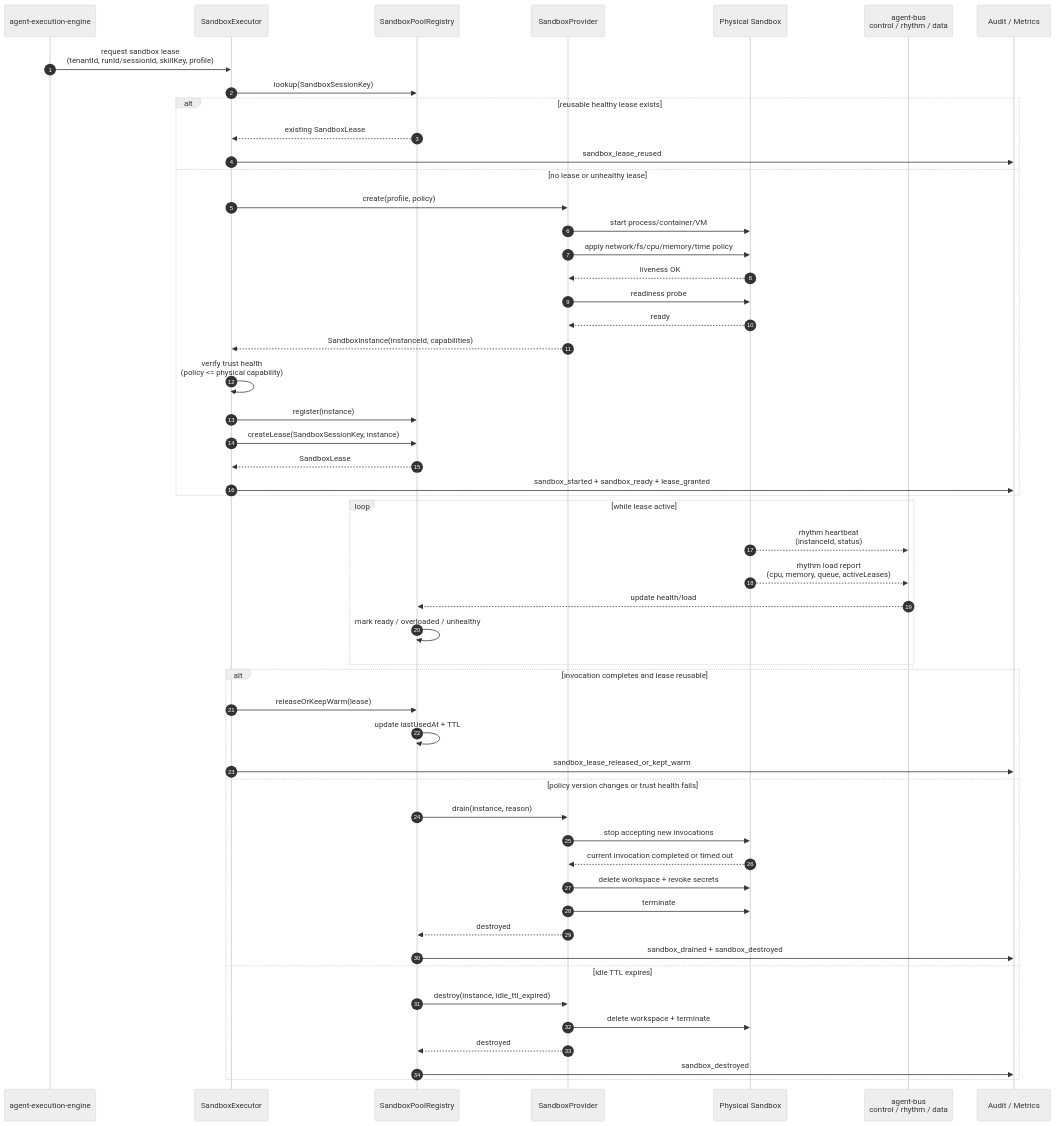
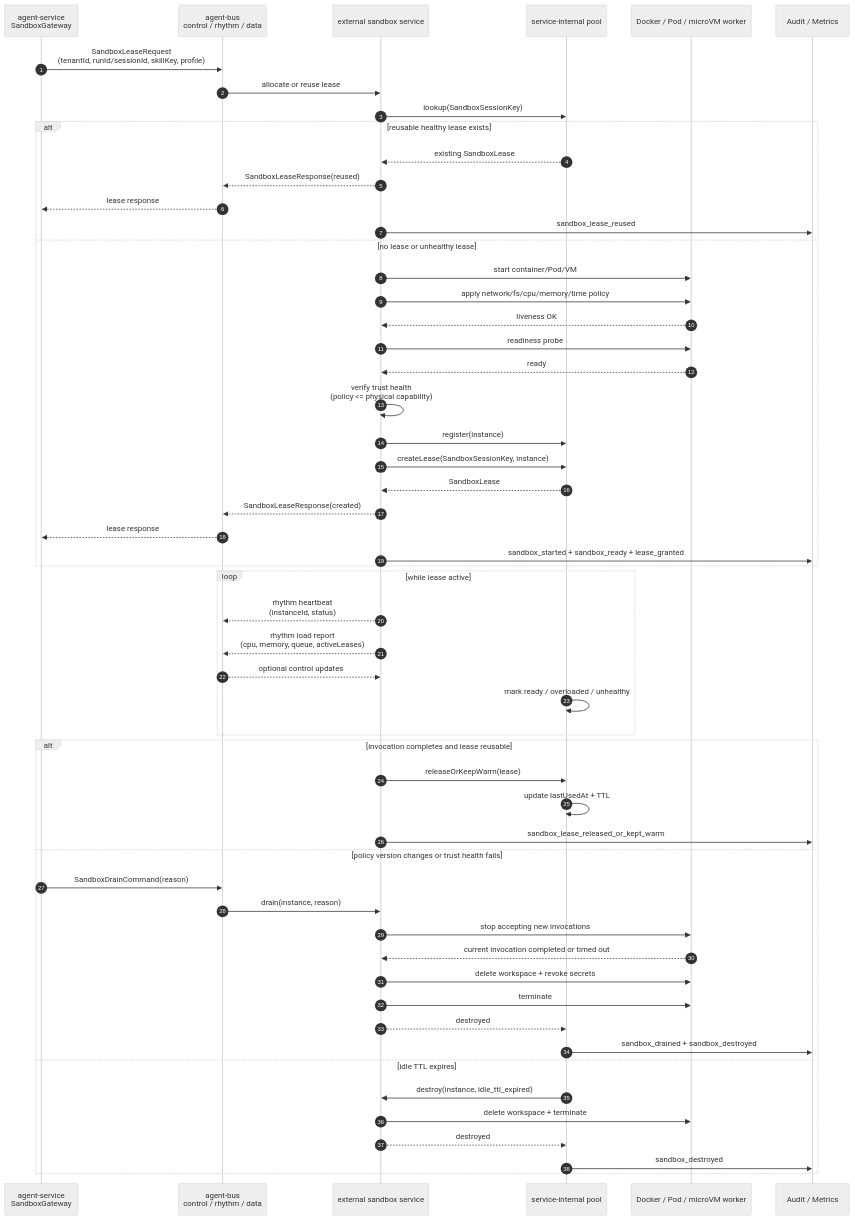
The second of 2 diagrams in docs/reports/sandbox-execution-l1-design-review.en.md (nickylba/spring-ai-ascend), drawn with Mermaid (neutral theme) before and after one commit. The commit also changed other lines of this file and 2 other files, not shown here.

Commit message:
docs: refresh sandbox service design review

````diff
--- a/docs/reports/sandbox-execution-l1-design-review.en.md
+++ b/docs/reports/sandbox-execution-l1-design-review.en.md
@@ -338,58 +555,61 @@
 ```mermaid
 sequenceDiagram
     autonumber
-    participant Engine as agent-execution-engine
-    participant Executor as SandboxExecutor
-    participant Pool as SandboxPoolRegistry
-    participant Provider as SandboxProvider
-    participant Sandbox as Physical Sandbox
+    participant AgentService as agent-service<br/>SandboxGateway
     participant Bus as agent-bus<br/>control / rhythm / data
+    participant SandboxSvc as external sandbox service
+    participant Pool as service-internal pool
+    participant Worker as Docker / Pod / microVM worker
     participant Audit as Audit / Metrics
 
-    Engine->>Executor: request sandbox lease<br/>(tenantId, runId/sessionId, skillKey, profile)
-    Executor->>Pool: lookup(SandboxSessionKey)
+    AgentService->>Bus: SandboxLeaseRequest<br/>(tenantId, runId/sessionId, skillKey, profile)
+    Bus->>SandboxSvc: allocate or reuse lease
+    SandboxSvc->>Pool: lookup(SandboxSessionKey)
 
     alt reusable healthy lease exists
-        Pool-->>Executor: existing SandboxLease
-        Executor->>Audit: sandbox_lease_reused
+        Pool-->>SandboxSvc: existing SandboxLease
+        SandboxSvc-->>Bus: SandboxLeaseResponse(reused)
+        Bus-->>AgentService: lease response
+        SandboxSvc->>Audit: sandbox_lease_reused
     else no lease or unhealthy lease
-        Executor->>Provider: create(profile, policy)
-        Provider->>Sandbox: start process/container/VM
-        Provider->>Sandbox: apply network/fs/cpu/memory/time policy
-        Sandbox-->>Provider: liveness OK
-        Provider->>Sandbox: readiness probe
-        Sandbox-->>Provider: ready
-        Provider-->>Executor: SandboxInstance(instanceId, capabilities)
-        Executor->>Executor: verify trust health<br/>(policy <= physical capability)
-        Executor->>Pool: register(instance)
-        Executor->>Pool: createLease(SandboxSessionKey, instance)
-        Pool-->>Executor: SandboxLease
-        Executor->>Audit: sandbox_started + sandbox_ready + lease_granted
+        SandboxSvc->>Worker: start container/Pod/VM
+        SandboxSvc->>Worker: apply network/fs/cpu/memory/time policy
+        Worker-->>SandboxSvc: liveness OK
+        SandboxSvc->>Worker: readiness probe
+        Worker-->>SandboxSvc: ready
+        SandboxSvc->>SandboxSvc: verify trust health<br/>(policy <= physical capability)
+        SandboxSvc->>Pool: register(instance)
+        SandboxSvc->>Pool: createLease(SandboxSessionKey, instance)
+        Pool-->>SandboxSvc: SandboxLease
+        SandboxSvc-->>Bus: SandboxLeaseResponse(created)
+        Bus-->>AgentService: lease response
+        SandboxSvc->>Audit: sandbox_started + sandbox_ready + lease_granted
     end
 
     loop while lease active
-        Sandbox-->>Bus: rhythm heartbeat<br/>(instanceId, status)
-        Sandbox-->>Bus: rhythm load report<br/>(cpu, memory, queue, activeLeases)
-        Bus-->>Pool: update health/load
+        SandboxSvc-->>Bus: rhythm heartbeat<br/>(instanceId, status)
+        SandboxSvc-->>Bus: rhythm load report<br/>(cpu, memory, queue, activeLeases)
+        Bus-->>SandboxSvc: optional control updates
         Pool->>Pool: mark ready / overloaded / unhealthy
     end
 
     alt invocation completes and lease reusable
-        Executor->>Pool: releaseOrKeepWarm(lease)
+        SandboxSvc->>Pool: releaseOrKeepWarm(lease)
         Pool->>Pool: update lastUsedAt + TTL
-        Executor->>Audit: sandbox_lease_released_or_kept_warm
+        SandboxSvc->>Audit: sandbox_lease_released_or_kept_warm
     else policy version changes or trust health fails
-        Pool->>Provider: drain(instance, reason)
-        Provider->>Sandbox: stop accepting new invocations
-        Sandbox-->>Provider: current invocation completed or timed out
-        Provider->>Sandbox: delete workspace + revoke secrets
-        Provider->>Sandbox: terminate
-        Provider-->>Pool: destroyed
+        AgentService->>Bus: SandboxDrainCommand(reason)
+        Bus->>SandboxSvc: drain(instance, reason)
+        SandboxSvc->>Worker: stop accepting new invocations
+        Worker-->>SandboxSvc: current invocation completed or timed out
+        SandboxSvc->>Worker: delete workspace + revoke secrets
+        SandboxSvc->>Worker: terminate
+        SandboxSvc-->>Pool: destroyed
         Pool->>Audit: sandbox_drained + sandbox_destroyed
     else idle TTL expires
-        Pool->>Provider: destroy(instance, idle_ttl_expired)
-        Provider->>Sandbox: delete workspace + terminate
-        Provider-->>Pool: destroyed
+        Pool->>SandboxSvc: destroy(instance, idle_ttl_expired)
+        SandboxSvc->>Worker: delete workspace + terminate
+        SandboxSvc-->>Pool: destroyed
         Pool->>Audit: sandbox_destroyed
     end
 ```
````
